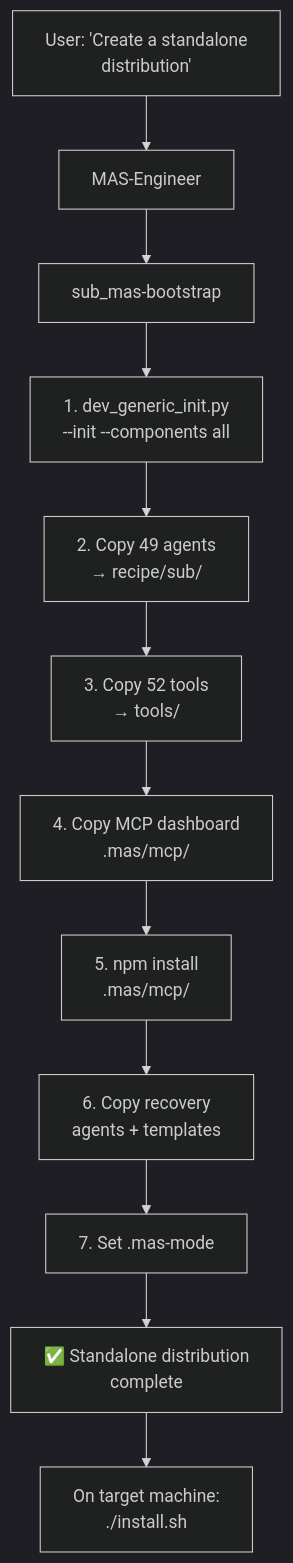
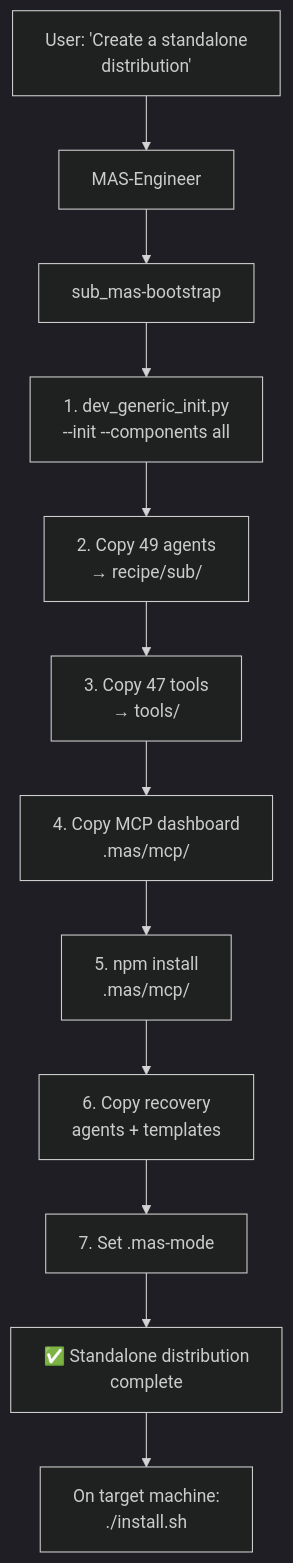
The third of 4 diagrams in docs/usage.md (mczardybon/mas-engineer), drawn with Mermaid (dark theme) before and after one commit. The commit also changed other lines of this file and 5 other files, not shown here.

Commit message:
docs: fix tool counts 52→47, POC claim, Mermaid bug, pie chart, patterns

````diff
--- a/docs/usage.md
+++ b/docs/usage.md
@@ -187,14 +187,14 @@
 ```mermaid
 flowchart TD
     USER["User: 'Create a standalone\ndistribution'"] --> ENGINEER["MAS-Engineer"]
     ENGINEER --> BOOTSTRAP["sub_mas-bootstrap"]
     BOOTSTRAP --> GEN["1. dev_generic_init.py\n--init --components all"]
     GEN --> AGENTS["2. Copy 49 agents\n→ recipe/sub/"]
-    AGENTS --> TOOLS["3. Copy 52 tools\n→ tools/"]
+    AGENTS --> TOOLS["3. Copy 47 tools\n→ tools/"]
     TOOLS --> MCP["4. Copy MCP dashboard\n.mas/mcp/"]
     MCP --> NPM["5. npm install\n.mas/mcp/"]
     NPM --> RECOVERY["6. Copy recovery\nagents + templates"]
     RECOVERY --> MODE["7. Set .mas-mode"]
     MODE --> DONE["✅ Standalone distribution\ncomplete"]
     DONE --> INSTALL["On target machine:\n./install.sh"]
 ```
````
